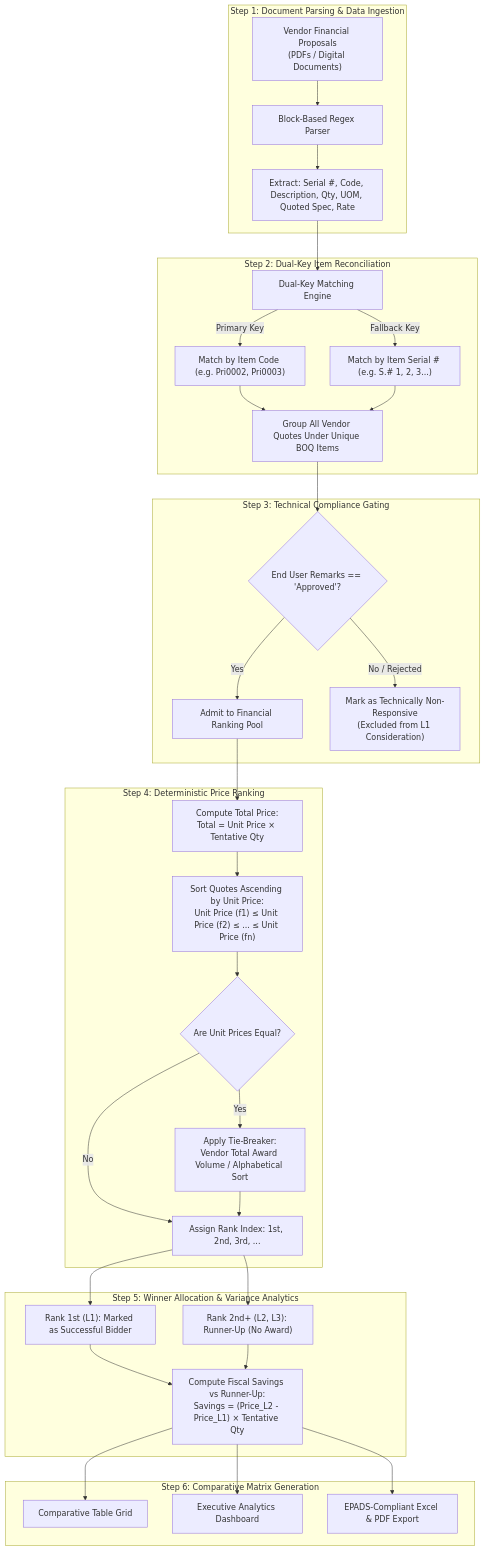
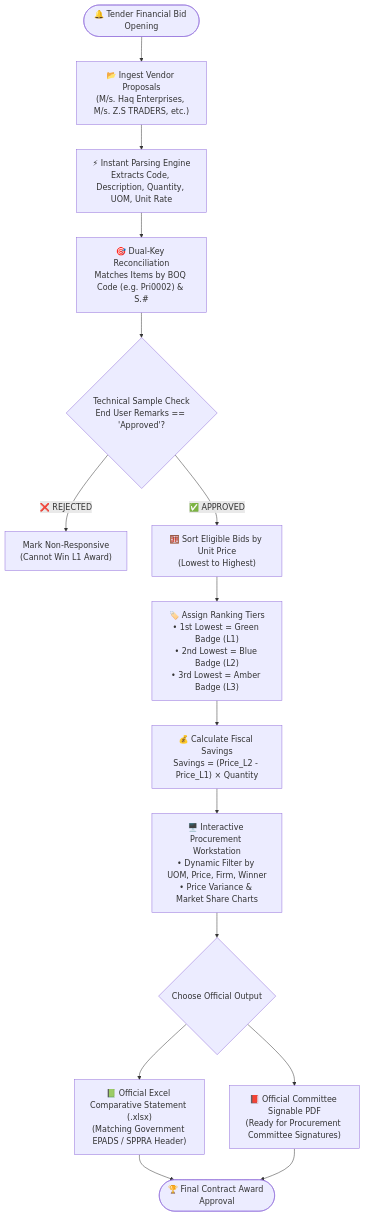
The second of 3 diagrams in README.md (Muhammad9985/procure-flow), drawn with Mermaid before and after one commit. The commit also changed other lines of this file, not shown here.

````diff
--- a/README.md
+++ b/README.md
@@ -87,41 +56,25 @@
 ```mermaid
 flowchart TD
-    subgraph Step1["Step 1: Document Parsing & Data Ingestion"]
-        A1["Vendor Financial Proposals<br/>(PDFs / Digital Documents)"] --> A2["Block-Based Regex Parser"]
-        A2 --> A3["Extract: Serial #, Code, Description, Qty, UOM, Quoted Spec, Rate"]
-    end
+    Start(["🔔 Tender Financial Bid Opening"]) --> Ingest["📂 Ingest Vendor Proposals<br/>(M/s. Haq Enterprises, M/s. Z.S TRADERS, etc.)"]
 
-    subgraph Step2["Step 2: Dual-Key Item Reconciliation"]
-        A3 --> B1["Dual-Key Matching Engine"]
-        B1 -->|Primary Key| B2["Match by Item Code (e.g. Pri0002, Pri0003)"]
-        B1 -->|Fallback Key| B3["Match by Item Serial # (e.g. S.# 1, 2, 3...)"]
-        B2 & B3 --> B4["Group All Vendor Quotes Under Unique BOQ Items"]
-    end
+    Ingest --> Parse["⚡ Instant Parsing Engine<br/>Extracts Code, Description, Quantity, UOM, Unit Rate"]
+    
+    Parse --> Reconcile["🎯 Dual-Key Reconciliation<br/>Matches Items by BOQ Code (e.g. Pri0002) & S.#"]
 
-    subgraph Step3["Step 3: Technical Compliance Gating"]
-        B4 --> C1{"End User Remarks == 'Approved'?"}
-        C1 -->|Yes| C2["Admit to Financial Ranking Pool"]
-        C1 -->|No / Rejected| C3["Mark as Technically Non-Responsive<br/>(Excluded from L1 Consideration)"]
-    end
+    Reconcile --> TechnicalGate{"Technical Sample Check<br/>End User Remarks == 'Approved'?"}
 
-    subgraph Step4["Step 4: Deterministic Price Ranking"]
-        C2 --> D1["Compute Total Price:<br/>Total = Unit Price × Tentative Qty"]
-        D1 --> D2["Sort Quotes Ascending by Unit Price:<br/>Unit Price (f1) ≤ Unit Price (f2) ≤ ... ≤ Unit Price (fn)"]
-        D2 --> D3{"Are Unit Prices Equal?"}
-        D3 -->|No| D4["Assign Rank Index: 1st, 2nd, 3rd, ..."]
-        D3 -->|Yes| D5["Apply Tie-Breaker:<br/>Vendor Total Award Volume / Alphabetical Sort"]
-        D5 --> D4
-    end
+    TechnicalGate -- "❌ REJECTED" --> Exclude["Mark Non-Responsive<br/>(Cannot Win L1 Award)"]
+    TechnicalGate -- "✅ APPROVED" --> FinancialSort["🧮 Sort Eligible Bids by Unit Price<br/>(Lowest to Highest)"]
 
-    subgraph Step5["Step 5: Winner Allocation & Variance Analytics"]
-        D4 --> E1["Rank 1st (L1): Marked as Successful Bidder"]
-        D4 --> E2["Rank 2nd+ (L2, L3): Runner-Up (No Award)"]
-        E1 & E2 --> E3["Compute Fiscal Savings vs Runner-Up:<br/>Savings = (Price_L2 - Price_L1) × Tentative Qty"]
-    end
+    FinancialSort --> AssignRank["🏷️ Assign Ranking Tiers<br/>• 1st Lowest = Green Badge (L1)<br/>• 2nd Lowest = Blue Badge (L2)<br/>• 3rd Lowest = Amber Badge (L3)"]
 
-    subgraph Step6["Step 6: Comparative Matrix Generation"]
-        E3 --> F1["Comparative Table Grid"]
-        E3 --> F2["Executive Analytics Dashboard"]
-        E3 --> F3["EPADS-Compliant Excel & PDF Export"]
-    end
+    AssignRank --> CalculateSavings["💰 Calculate Fiscal Savings<br/>Savings = (Price_L2 - Price_L1) × Quantity"]
+
+    CalculateSavings --> Dashboard["🖥️ Interactive Procurement Workstation<br/>• Dynamic Filter by UOM, Price, Firm, Winner<br/>• Price Variance & Market Share Charts"]
+
+    Dashboard --> ExportGate{"Choose Official Output"}
+    ExportGate --> Excel["📗 Official Excel Comparative Statement (.xlsx)<br/>(Matching Government EPADS / SPPRA Header)"]
+    ExportGate --> PDF["📕 Official Committee Signable PDF<br/>(Ready for Procurement Committee Signatures)"]
+
+    Excel & PDF --> End(["🏆 Final Contract Award Approval"])
 ```
````
